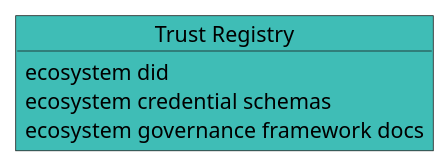
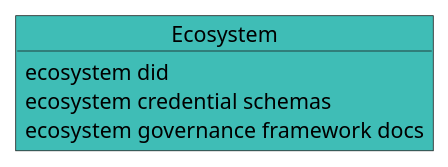
The second of 6 diagrams in spec.md (verana-labs/verifiable-trust-spec), drawn with PlantUML before and after one commit. The commit also changed other lines of this file and 4 other files, not shown here.

````diff
--- a/spec.md
+++ b/spec.md
@@ -317,14 +323,14 @@
 ```plantuml
 
 @startuml
 scale max 800 width
  
-object "Trust Registry" as tra #3fbdb6 {
+object "Ecosystem" as tra #3fbdb6 {
     ecosystem did
     ecosystem credential schemas
     ecosystem governance framework docs
 }
 
 @enduml
 
 ```
````
